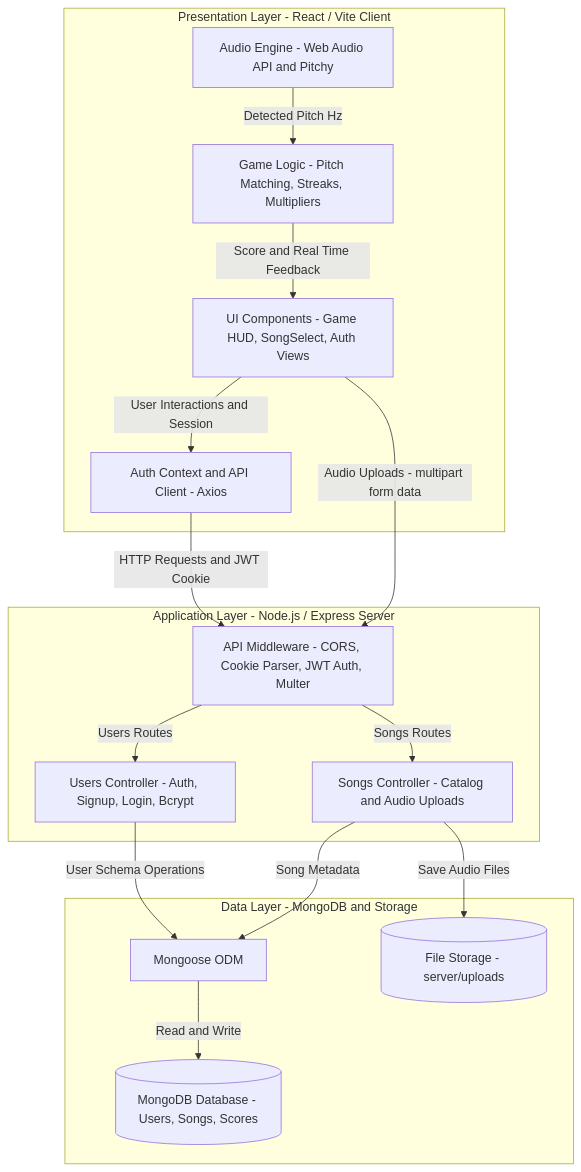
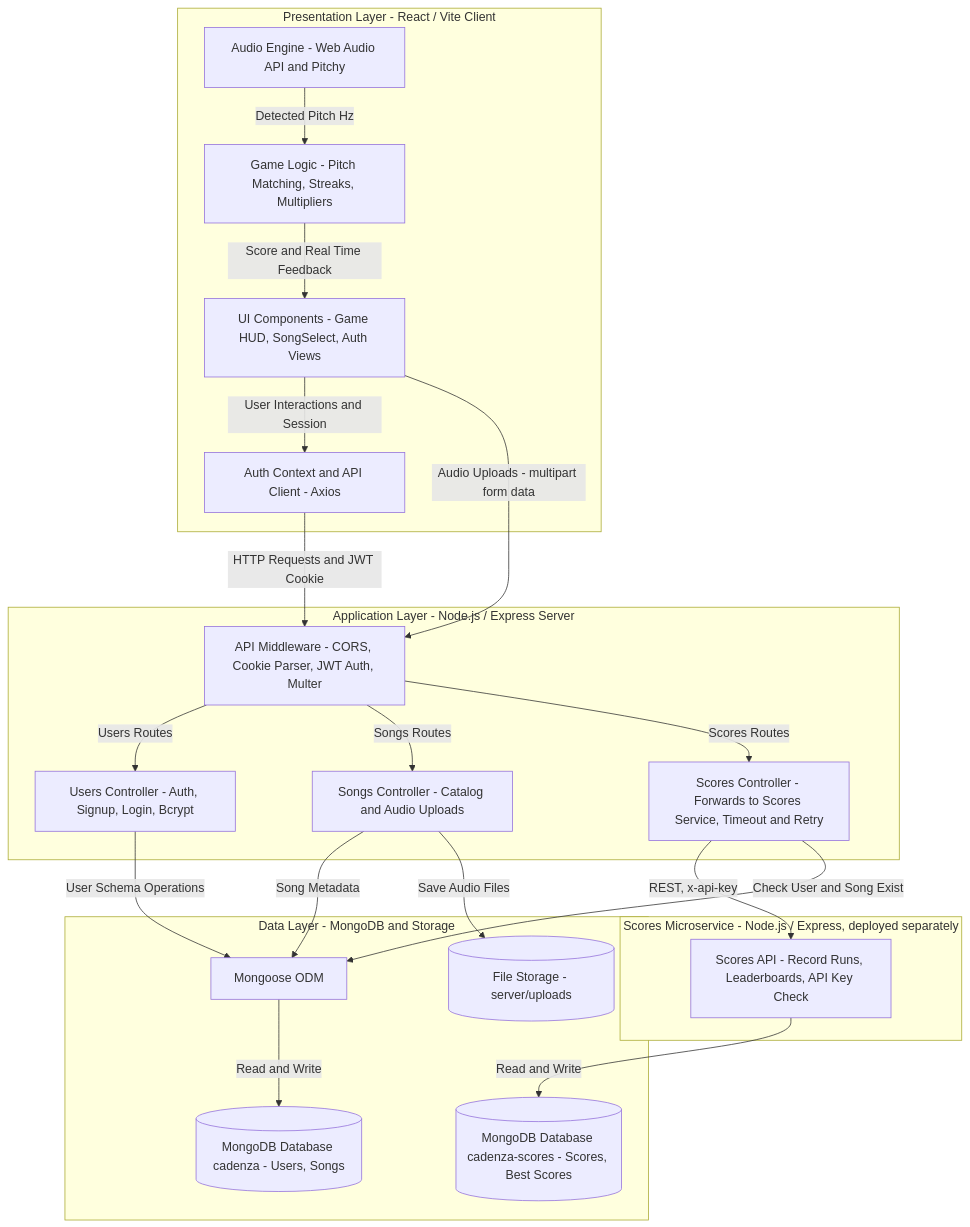
The diagram in docs/architecture.md (CSCI-40500-77100-Fall-2026/se-project-group-3), drawn with Mermaid before and after one commit. The commit also changed other lines of this file and 27 other files, not shown here.

Commit message:
scores microservice

````diff
--- a/docs/architecture.md
+++ b/docs/architecture.md
@@ -16,36 +16,46 @@
 ```mermaid
 graph TD
     subgraph Presentation["Presentation Layer - React / Vite Client"]
         UI["UI Components - Game HUD, SongSelect, Auth Views"]
         AudioEngine["Audio Engine - Web Audio API and Pitchy"]
         GameEngine["Game Logic - Pitch Matching, Streaks, Multipliers"]
         AuthClient["Auth Context and API Client - Axios"]
     end
 
     subgraph Application["Application Layer - Node.js / Express Server"]
         Middleware["API Middleware - CORS, Cookie Parser, JWT Auth, Multer"]
         UserController["Users Controller - Auth, Signup, Login, Bcrypt"]
         SongController["Songs Controller - Catalog and Audio Uploads"]
+        ScoresController["Scores Controller - Forwards to Scores Service, Timeout and Retry"]
+    end
+
+    subgraph ScoresService["Scores Microservice - Node.js / Express, deployed separately"]
+        ScoresAPI["Scores API - Record Runs, Leaderboards, API Key Check"]
     end
 
     subgraph Data["Data Layer - MongoDB and Storage"]
         Mongoose["Mongoose ODM"]
-        MongoDB[("MongoDB Database - Users, Songs, Scores")]
+        MongoDB[("MongoDB Database cadenza - Users, Songs")]
         FileStorage[("File Storage - server/uploads")]
+        ScoresDB[("MongoDB Database cadenza-scores - Scores, Best Scores")]
     end
 
     AudioEngine -->|Detected Pitch Hz| GameEngine
     GameEngine -->|Score and Real Time Feedback| UI
     UI -->|User Interactions and Session| AuthClient
 
     AuthClient -->|HTTP Requests and JWT Cookie| Middleware
     UI -->|Audio Uploads - multipart form data| Middleware
 
     Middleware -->|Users Routes| UserController
     Middleware -->|Songs Routes| SongController
+    Middleware -->|Scores Routes| ScoresController
+    ScoresController -->|"REST, x-api-key"| ScoresAPI
+    ScoresController -->|Check User and Song Exist| Mongoose
+    ScoresAPI -->|Read and Write| ScoresDB
 
     UserController -->|User Schema Operations| Mongoose
     SongController -->|Song Metadata| Mongoose
     SongController -->|Save Audio Files| FileStorage
     Mongoose -->|Read and Write| MongoDB
 ```
````
